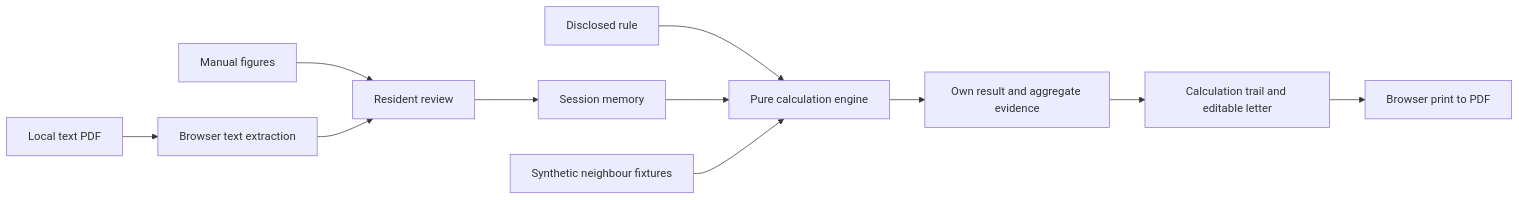
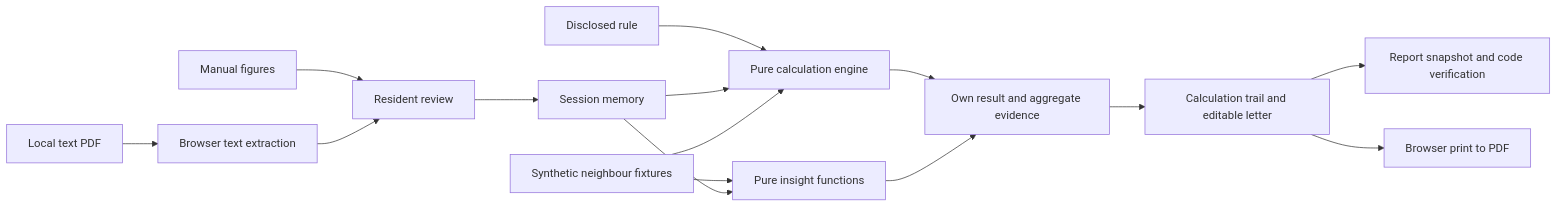
One commit to osp-d/sharecheck-qtezh changed the diagram in docs/ARCHITECTURE.md. Above: the diagram before and after it, drawn with Mermaid. The commit also changed other lines of this file and 11 other files, not shown here.

````diff
--- a/docs/ARCHITECTURE.md
+++ b/docs/ARCHITECTURE.md
@@ -5,13 +5,17 @@
 ```mermaid
 flowchart LR
   PDF[Local text PDF] --> Parser[Browser text extraction]
   Manual[Manual figures] --> Confirm[Resident review]
   Parser --> Confirm
   Confirm --> State[Session memory]
   Rules[Disclosed rule] --> Engine[Pure calculation engine]
   State --> Engine
   Seed[Synthetic neighbour fixtures] --> Engine
+  Seed --> Insights[Pure insight functions]
+  State --> Insights
   Engine --> View[Own result and aggregate evidence]
+  Insights --> View
   View --> Report[Calculation trail and editable letter]
+  Report --> Verify[Report snapshot and code verification]
   Report --> Print[Browser print to PDF]
 ```
````
